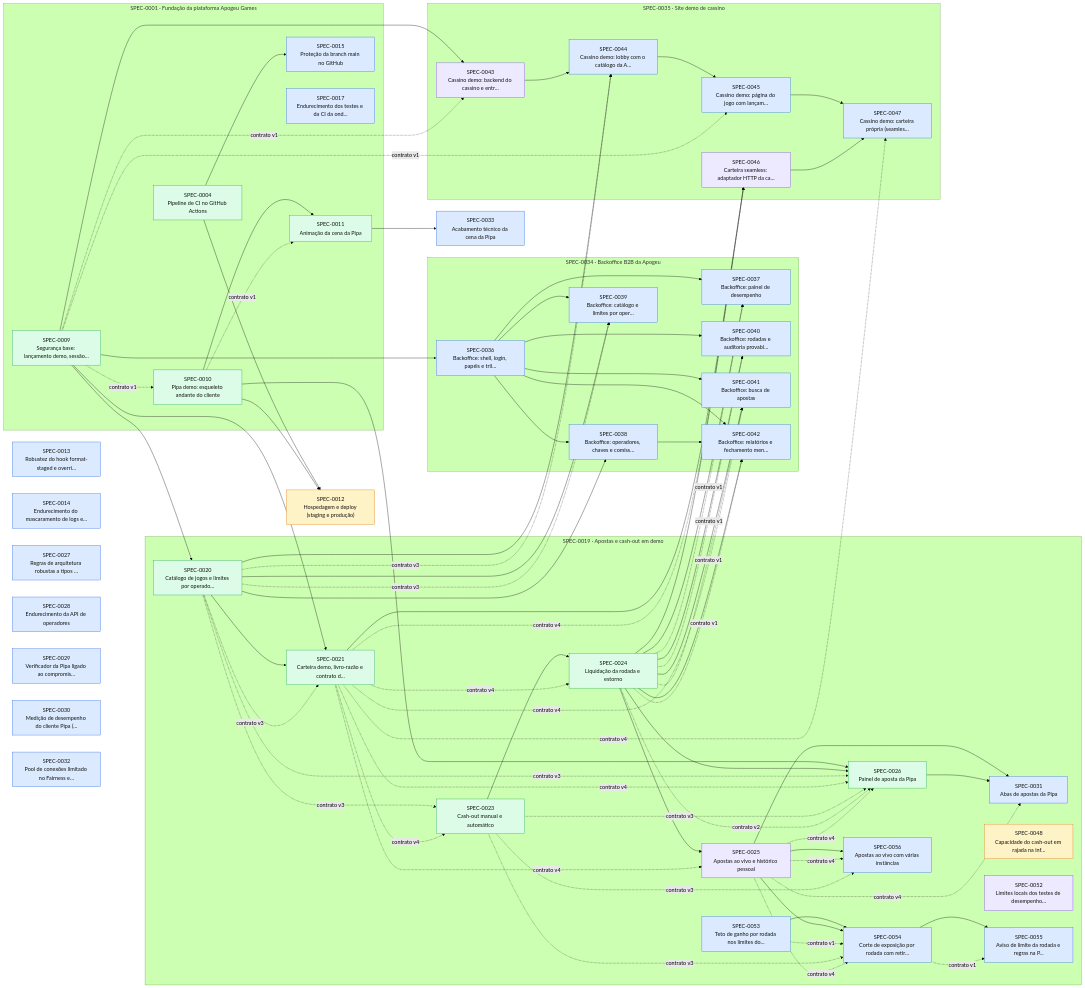
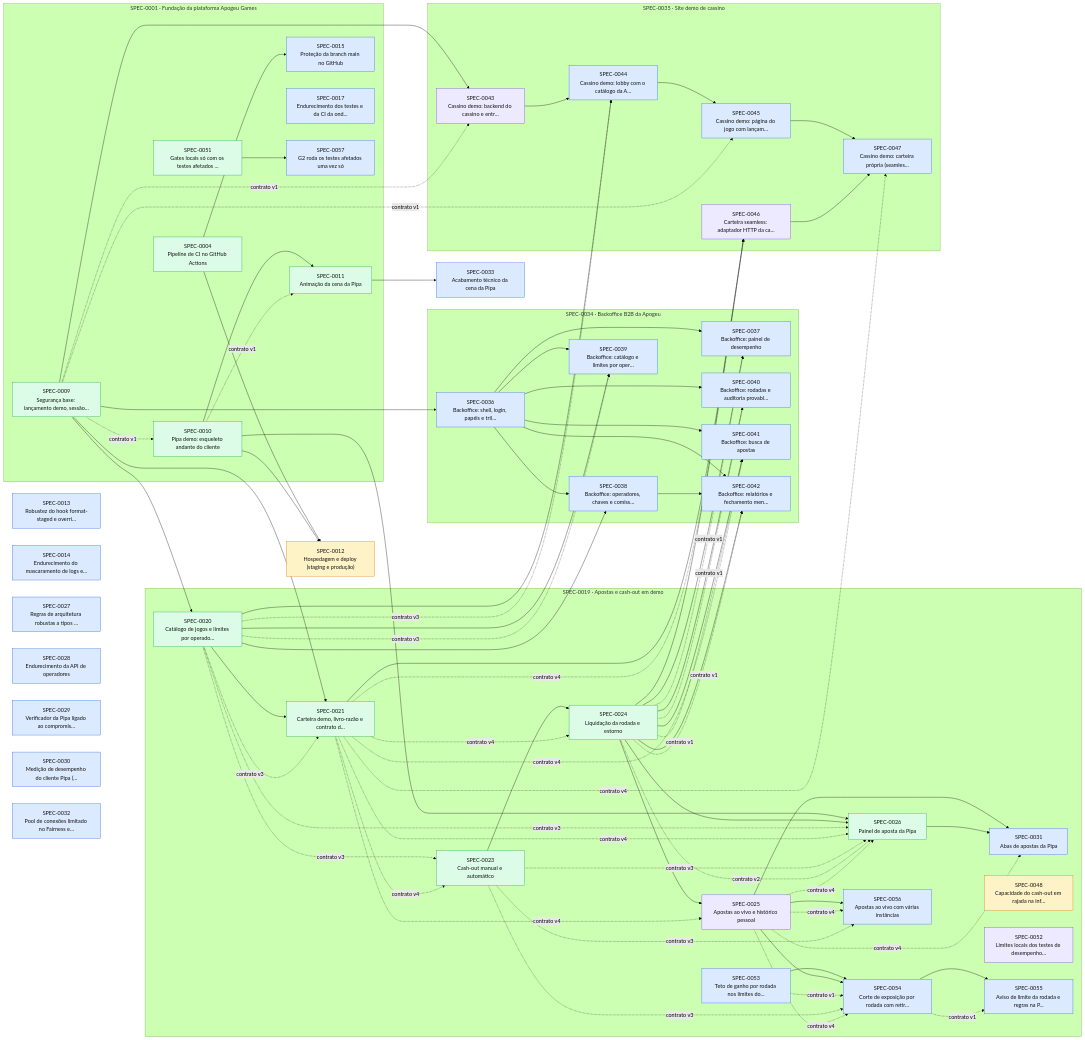
One commit to thomasravache/crash-games-provider changed the diagram in docs/specs/INDEX.md. Above: the diagram before and after it, drawn with Mermaid (forest theme). The commit also changed other lines of this file and 1 other file, not shown here.

First line of the commit message:
docs(sdd): SPEC-0057 — G2 roda os testes afetados uma vez só

```diff
--- a/docs/specs/INDEX.md
+++ b/docs/specs/INDEX.md
@@ -114,6 +115,8 @@
     S0011["SPEC-0011<br/>Animação da cena da Pipa"]:::implemented
     S0015["SPEC-0015<br/>Proteção da branch main no GitHub"]:::approved
     S0017["SPEC-0017<br/>Endurecimento dos testes e da CI da ond…"]:::approved
+    S0051["SPEC-0051<br/>Gates locais só com os testes afetados …"]:::implemented
+    S0057["SPEC-0057<br/>G2 roda os testes afetados uma vez só"]:::approved
   end
   subgraph E0019["SPEC-0019 · Apostas e cash-out em demo"]
     S0020["SPEC-0020<br/>Catálogo de jogos e limites por operado…"]:::implemented
@@ -216,6 +219,7 @@
   S0025 --> S0056
   S0025 -. contrato v4 .-> S0056
   S0023 -. contrato v3 .-> S0056
+  S0051 --> S0057
   classDef proposed fill:#fef3c7,stroke:#d97706,color:#111
   classDef approved fill:#dbeafe,stroke:#2563eb,color:#111
   classDef inprogress fill:#ede9fe,stroke:#7c3aed,color:#111
```
